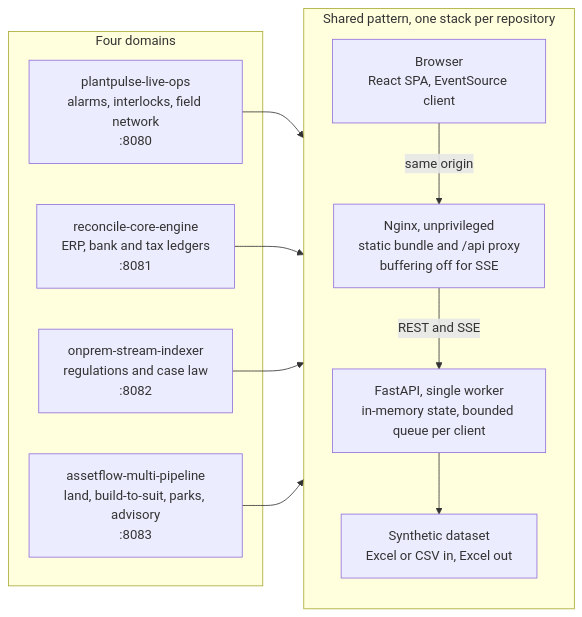
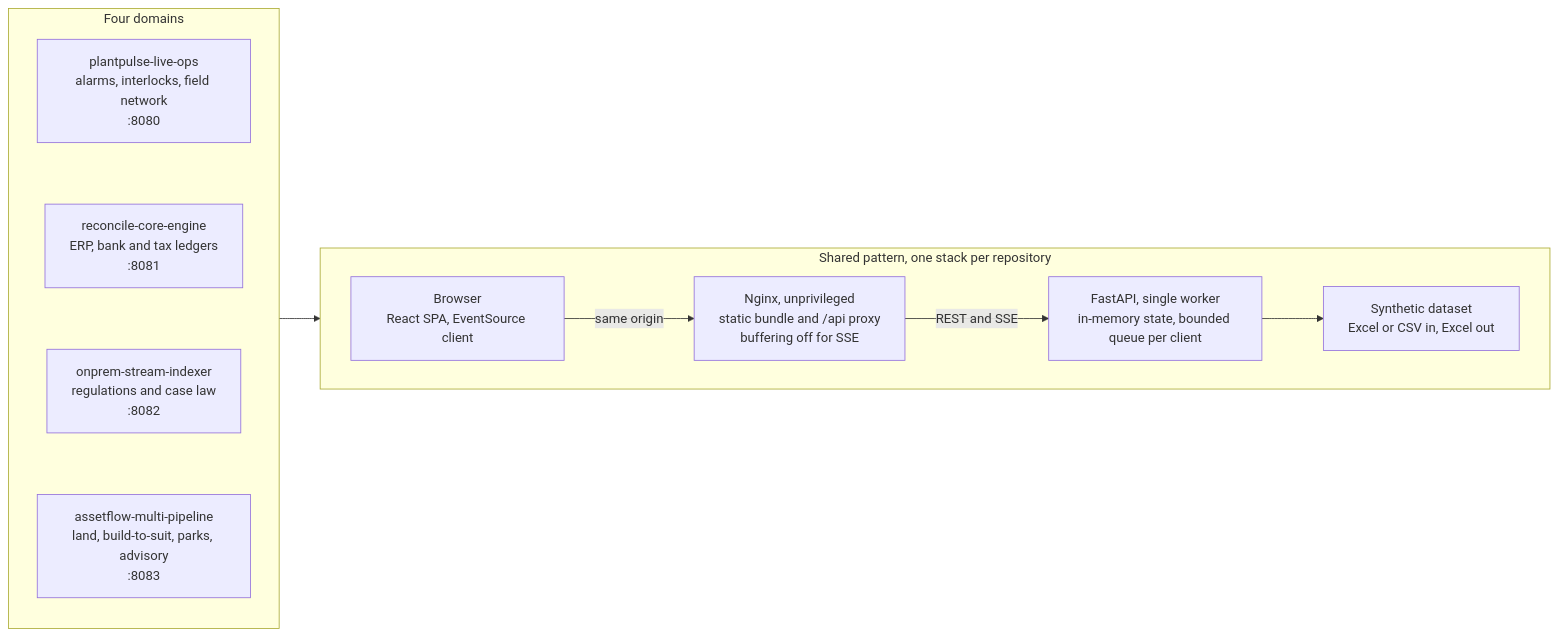
The diagram in README.md (d-gallardo-1/d-gallardo-1), drawn with Mermaid before and after one commit.

Commit message:
docs: list the four systems in order in the pattern diagram

````diff
--- a/README.md
+++ b/README.md
@@ -26,25 +26,24 @@
 ```mermaid
 flowchart LR
     subgraph Domains["Four domains"]
+        direction TB
         P1["plantpulse-live-ops<br/>alarms, interlocks, field network<br/>:8080"]
         P2["reconcile-core-engine<br/>ERP, bank and tax ledgers<br/>:8081"]
         P3["onprem-stream-indexer<br/>regulations and case law<br/>:8082"]
         P4["assetflow-multi-pipeline<br/>land, build-to-suit, parks, advisory<br/>:8083"]
+        P1 ~~~ P2 ~~~ P3 ~~~ P4
     end
 
     subgraph Pattern["Shared pattern, one stack per repository"]
-        direction TB
+        direction LR
         UI["Browser<br/>React SPA, EventSource client"]
         NGINX["Nginx, unprivileged<br/>static bundle and /api proxy<br/>buffering off for SSE"]
         API["FastAPI, single worker<br/>in-memory state, bounded queue per client"]
         DATA["Synthetic dataset<br/>Excel or CSV in, Excel out"]
         UI -- "same origin" --> NGINX
         NGINX -- "REST and SSE" --> API
         API --> DATA
     end
 
-    P1 --> Pattern
-    P2 --> Pattern
-    P3 --> Pattern
-    P4 --> Pattern
+    Domains --> Pattern
 ```
````
